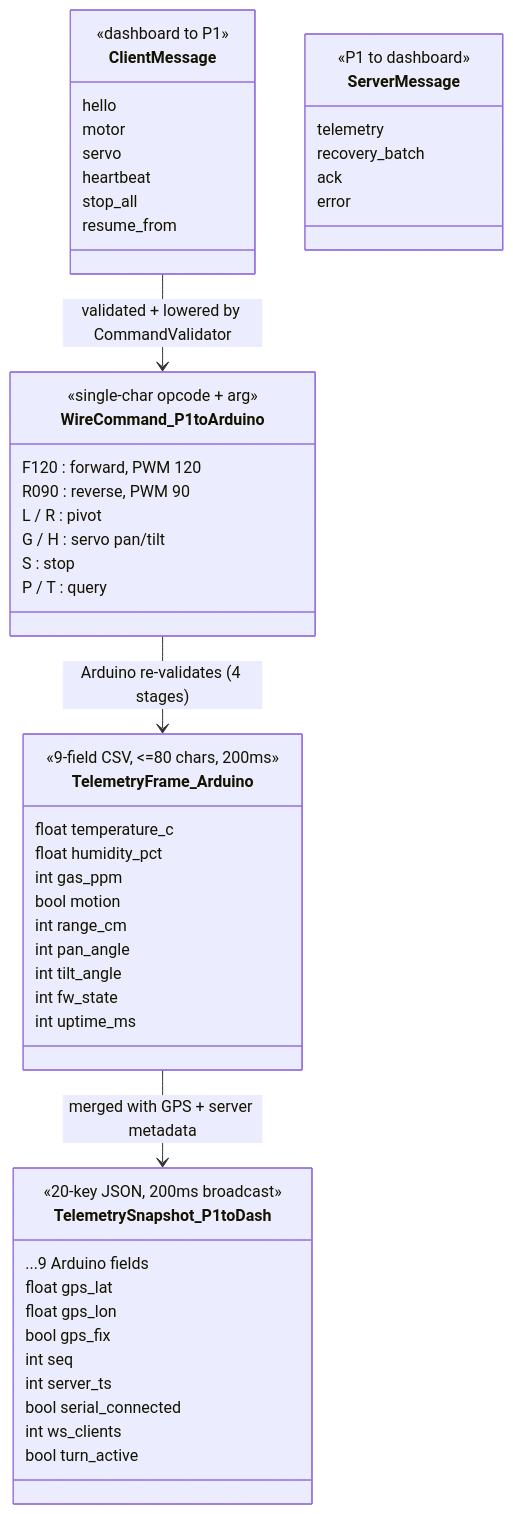
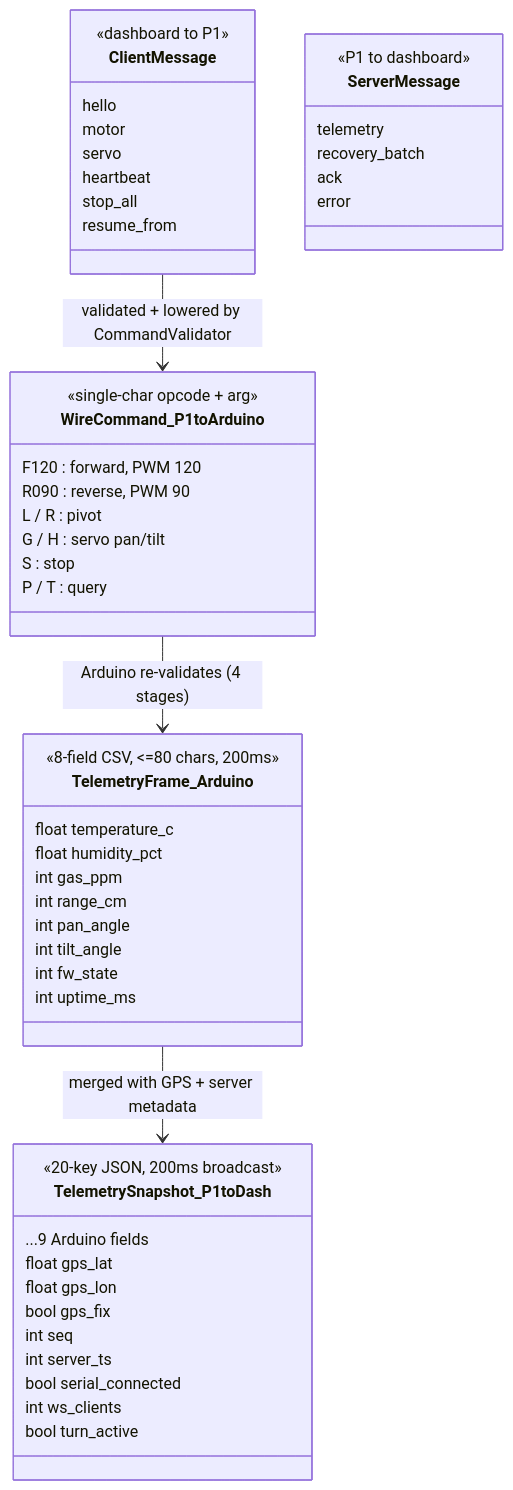
One commit to baiust999/robort-code-from-pi changed the tenth of 13 diagrams in docs/ARCHITECTURE.md. Above: the diagram before and after it, drawn with Mermaid. The commit also changed other lines of this file and 19 other files, not shown here.

````diff
--- a/docs/ARCHITECTURE.md
+++ b/docs/ARCHITECTURE.md
@@ -372,60 +371,59 @@
 ```mermaid
 classDiagram
     class TelemetryFrame_Arduino {
-        <<9-field CSV, <=80 chars, 200ms>>
+        <<8-field CSV, <=80 chars, 200ms>>
         float temperature_c
         float humidity_pct
         int gas_ppm
-        bool motion
         int range_cm
         int pan_angle
         int tilt_angle
         int fw_state
         int uptime_ms
     }
 
     class TelemetrySnapshot_P1toDash {
         <<20-key JSON, 200ms broadcast>>
         ...9 Arduino fields
         float gps_lat
         float gps_lon
         bool gps_fix
         int seq
         int server_ts
         bool serial_connected
         int ws_clients
         bool turn_active
     }
 
     class ClientMessage {
         <<dashboard to P1>>
         hello
         motor
         servo
         heartbeat
         stop_all
         resume_from
     }
 
     class ServerMessage {
         <<P1 to dashboard>>
         telemetry
         recovery_batch
         ack
         error
     }
 
     class WireCommand_P1toArduino {
         <<single-char opcode + arg>>
         F120 : forward, PWM 120
         R090 : reverse, PWM 90
         L / R : pivot
         G / H : servo pan/tilt
         S : stop
         P / T : query
     }
 
     TelemetryFrame_Arduino --> TelemetrySnapshot_P1toDash : merged with GPS + server metadata
     ClientMessage --> WireCommand_P1toArduino : validated + lowered by CommandValidator
     WireCommand_P1toArduino --> TelemetryFrame_Arduino : Arduino re-validates (4 stages)
 ```
````
